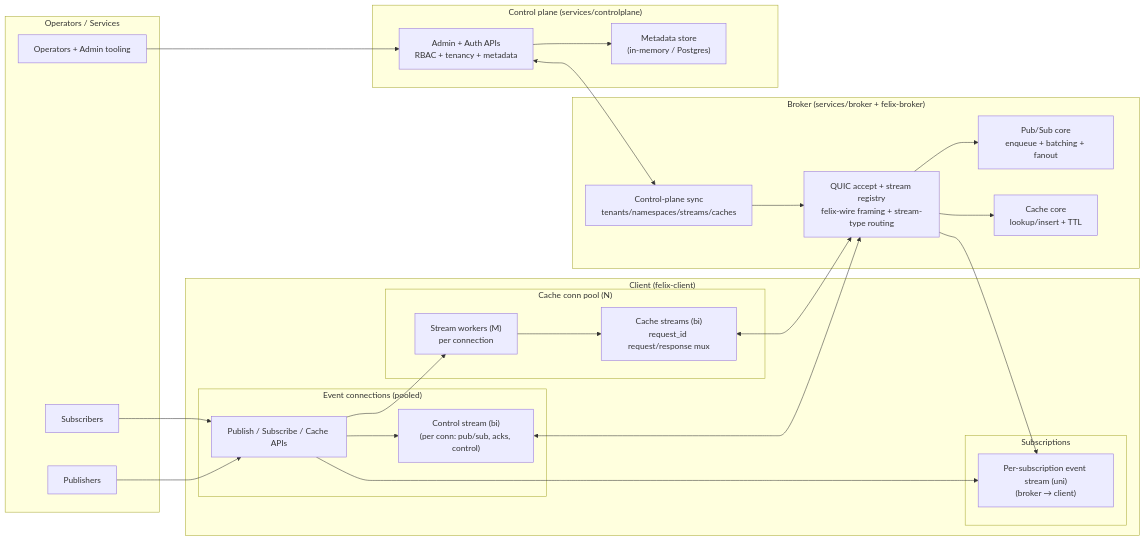
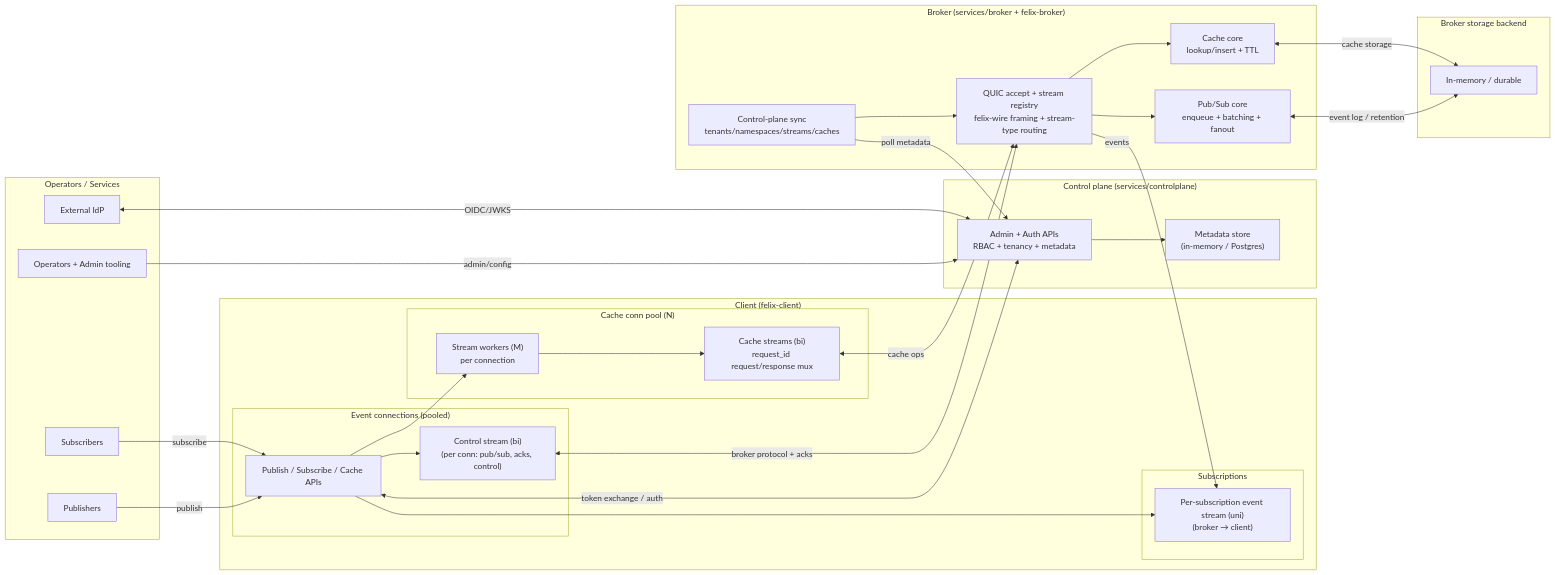
Before and after one commit to gabloe/felix: the diagram in README.md, drawn with Mermaid. The commit also changed 1 other file, not shown here.

Commit message:
Update mermaid charts to be complete

````diff
--- a/README.md
+++ b/README.md
@@ -85,55 +85,64 @@
 ```mermaid
 flowchart LR
     subgraph OPS["Operators / Services"]
         Op["Operators + Admin tooling"]
         PubSvc["Publishers"]
         SubSvc["Subscribers"]
+        IdP["External IdP"]
     end
 
     subgraph C["Client (felix-client)"]
         API["Publish / Subscribe / Cache APIs"]
 
         subgraph EVC["Event connections (pooled)"]
             Ctrl["Control stream (bi)<br/>(per conn: pub/sub, acks, control)"]
             API --> Ctrl
         end
 
         subgraph SUBS["Subscriptions"]
             SubU["Per-subscription event stream (uni)<br/>(broker → client)"]
         end
         API --> SubU
 
         subgraph CCP["Cache conn pool (N)"]
             SW["Stream workers (M)<br/>per connection"]
             CacheS["Cache streams (bi)<br/>request_id request/response mux"]
             API --> SW
             SW --> CacheS
         end
     end
 
+    subgraph CP["Control plane (services/controlplane)"]
+        CPAPI["Admin + Auth APIs<br/>RBAC + tenancy + metadata"]
+        Store["Metadata store<br/>(in-memory / Postgres)"]
+        CPAPI --> Store
+    end
+
     subgraph B["Broker (services/broker + felix-broker)"]
         Ingress["QUIC accept + stream registry<br/>felix-wire framing + stream-type routing"]
         PS["Pub/Sub core<br/>enqueue + batching + fanout"]
         Cache["Cache core<br/>lookup/insert + TTL"]
         Sync["Control-plane sync<br/>tenants/namespaces/streams/caches"]
 
         Ingress --> PS
         Ingress --> Cache
         Sync --> Ingress
     end
 
-    subgraph CP["Control plane (services/controlplane)"]
-        CPAPI["Admin + Auth APIs<br/>RBAC + tenancy + metadata"]
-        Store["Metadata store<br/>(in-memory / Postgres)"]
-        CPAPI --> Store
+    subgraph BS["Broker storage backend"]
+        StoreB["In-memory / durable"]
     end
 
-    Op --> CPAPI
-    PubSvc --> API
-    SubSvc --> API
+    Op --> |admin/config| CPAPI
+    PubSvc --> |publish| API
+    SubSvc --> |subscribe| API
 
-    Ctrl <--> Ingress
-    Ingress --> SubU
-    CacheS <--> Ingress
-    CPAPI <--> Sync
+    Ctrl <--> |broker protocol + acks| Ingress
+    Ingress --> |events| SubU
+    CacheS <--> |cache ops| Ingress
+    IdP <--> |OIDC/JWKS| CPAPI
+    API <--> |token exchange / auth| CPAPI
+    Sync --> |poll metadata| CPAPI
+    PS <--> |event log / retention| StoreB
+    Cache <--> |cache storage| StoreB
 ```
````
